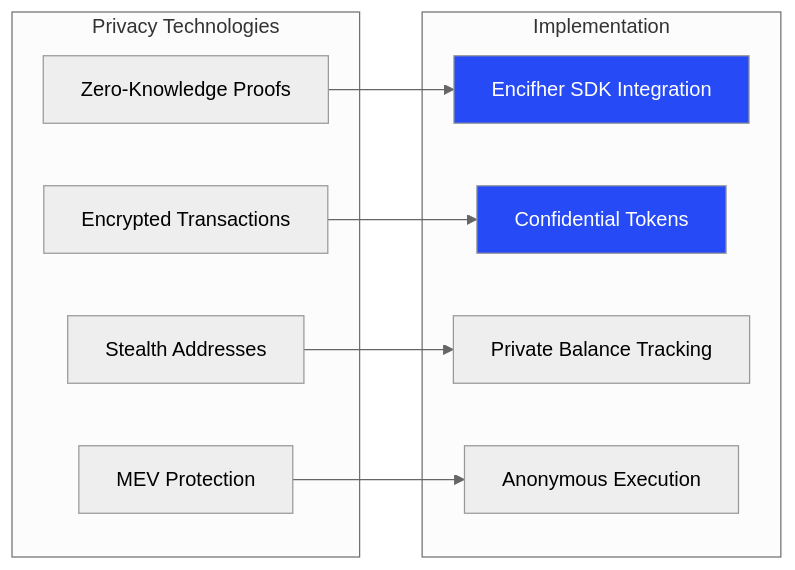
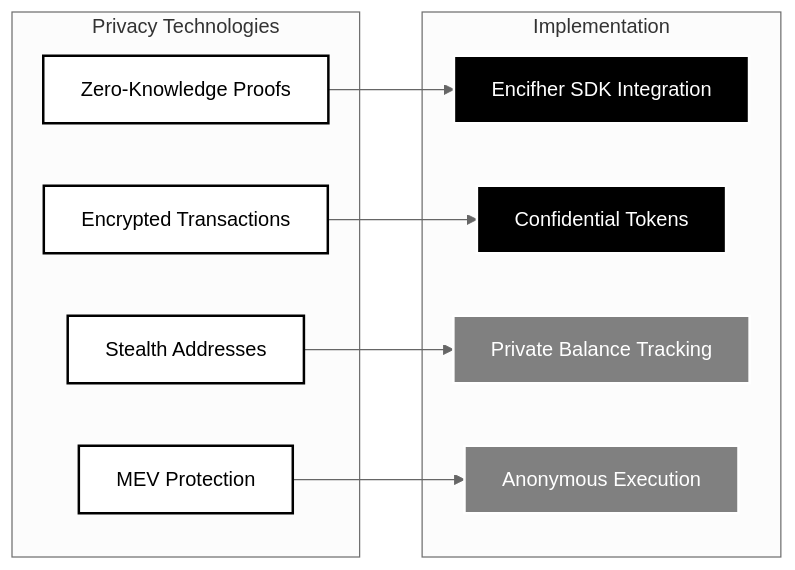
One commit to WaveTek-co/WaveSwap changed the seventh of 9 diagrams in WHAT.md. Above: the diagram before and after it, drawn with Mermaid (neutral theme). The commit also changed other lines of this file and 56 other files, not shown here.

````diff
--- a/WHAT.md
+++ b/WHAT.md
@@ -248,24 +268,29 @@
 ```mermaid
 graph LR
     subgraph "Privacy Technologies"
         A[Zero-Knowledge Proofs]
         B[Encrypted Transactions]
         C[Stealth Addresses]
         D[MEV Protection]
     end
 
     subgraph "Implementation"
         E[Encifher SDK Integration]
         F[Confidential Tokens]
         G[Private Balance Tracking]
         H[Anonymous Execution]
     end
 
     A --> E
     B --> F
     C --> G
     D --> H
 
-    style E fill:#264af5,color:#fff
-    style F fill:#264af5,color:#fff
+    classDef orcaPrimary fill:#000000,color:#ffffff,stroke:#ffffff,stroke-width:2px
+    classDef orcaSecondary fill:#ffffff,color:#000000,stroke:#000000,stroke-width:2px
+    classDef orcaSuccess fill:#808080,color:#ffffff,stroke:#ffffff,stroke-width:2px
+
+    class E,F orcaPrimary
+    class G,H orcaSuccess
+    class A,B,C,D orcaSecondary
 ```
````
